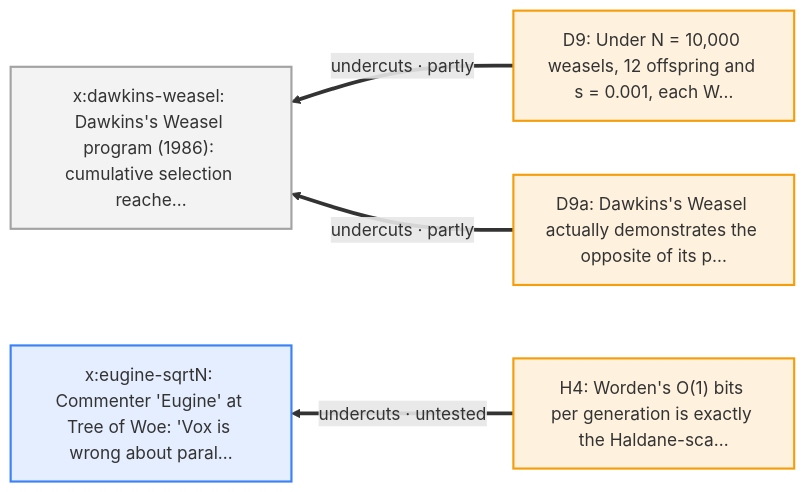
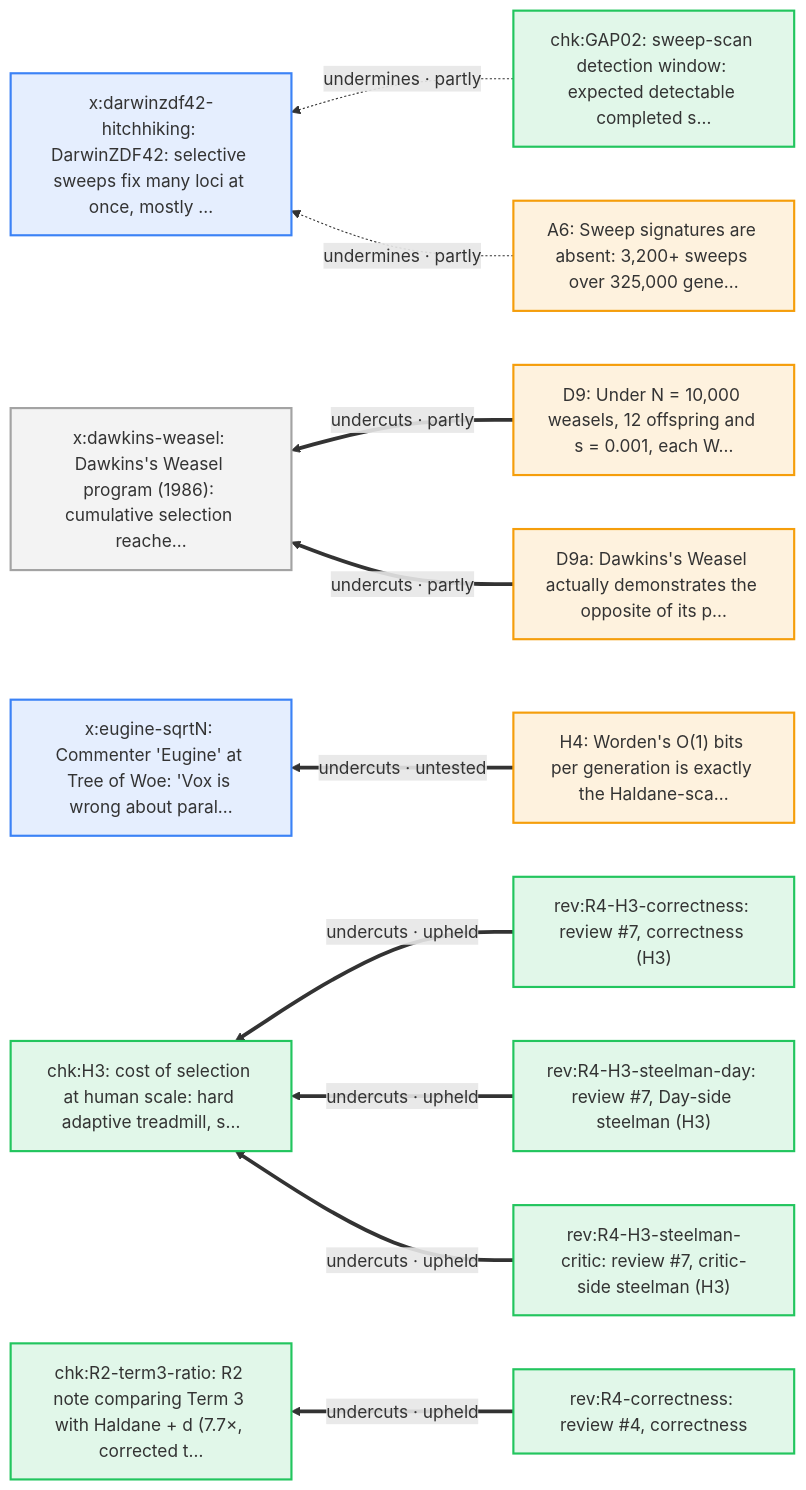
Diagram 16 of 16 in docs/arguments/defeaters.md (nickallevato/evo-sim), drawn with Mermaid before and after one commit. The commit also changed other lines of this file and 36 other files, not shown here.

First line of the commit message:
Integrate R4 GAP-07b (review #8) and the 2026-10-09 corpus refresh

````diff
--- a/docs/arguments/defeaters.md
+++ b/docs/arguments/defeaters.md
@@ -750,16 +763,31 @@
 ```mermaid
 flowchart RL
   classDef day fill:#f59e0b22,stroke:#f59e0b,stroke-width:2px
   classDef ally fill:#d9770622,stroke:#d97706,stroke-width:2px
   classDef critic fill:#3b82f622,stroke:#3b82f6,stroke-width:2px
   classDef literature fill:#a3a3a322,stroke:#a3a3a3,stroke-width:2px
   classDef audit fill:#22c55e22,stroke:#22c55e,stroke-width:2px
+  A6["A6: Sweep signatures are absent: 3,200+ sweeps over 325,000 gene…"]:::day
   D9["D9: Under N = 10,000 weasels, 12 offspring and s = 0.001, each W…"]:::day
   D9a["D9a: Dawkins's Weasel actually demonstrates the opposite of its p…"]:::day
   H4["H4: Worden's O(1) bits per generation is exactly the Haldane-sca…"]:::day
+  chk_GAP02["chk:GAP02: sweep-scan detection window: expected detectable completed s…"]:::audit
+  chk_H3["chk:H3: cost of selection at human scale: hard adaptive treadmill, s…"]:::audit
+  chk_R2_term3_ratio["chk:R2-term3-ratio: R2 note comparing Term 3 with Haldane + d (7.7×, corrected t…"]:::audit
+  rev_R4_H3_correctness["rev:R4-H3-correctness: review #7, correctness (H3)"]:::audit
+  rev_R4_H3_steelman_critic["rev:R4-H3-steelman-critic: review #7, critic-side steelman (H3)"]:::audit
+  rev_R4_H3_steelman_day["rev:R4-H3-steelman-day: review #7, Day-side steelman (H3)"]:::audit
+  rev_R4_correctness["rev:R4-correctness: review #4, correctness"]:::audit
+  x_darwinzdf42_hitchhiking["x:darwinzdf42-hitchhiking: DarwinZDF42: selective sweeps fix many loci at once, mostly …"]:::critic
   x_dawkins_weasel["x:dawkins-weasel: Dawkins's Weasel program (1986): cumulative selection reache…"]:::literature
   x_eugine_sqrtN["x:eugine-sqrtN: Commenter 'Eugine' at Tree of Woe: 'Vox is wrong about paral…"]:::critic
+  rev_R4_H3_correctness ==>|"undercuts · upheld"| chk_H3
+  rev_R4_H3_steelman_day ==>|"undercuts · upheld"| chk_H3
+  rev_R4_H3_steelman_critic ==>|"undercuts · upheld"| chk_H3
+  rev_R4_correctness ==>|"undercuts · upheld"| chk_R2_term3_ratio
+  chk_GAP02 -.->|"undermines · partly"| x_darwinzdf42_hitchhiking
+  A6 -.->|"undermines · partly"| x_darwinzdf42_hitchhiking
   D9 ==>|"undercuts · partly"| x_dawkins_weasel
   D9a ==>|"undercuts · partly"| x_dawkins_weasel
   H4 ==>|"undercuts · untested"| x_eugine_sqrtN
 ```
````
